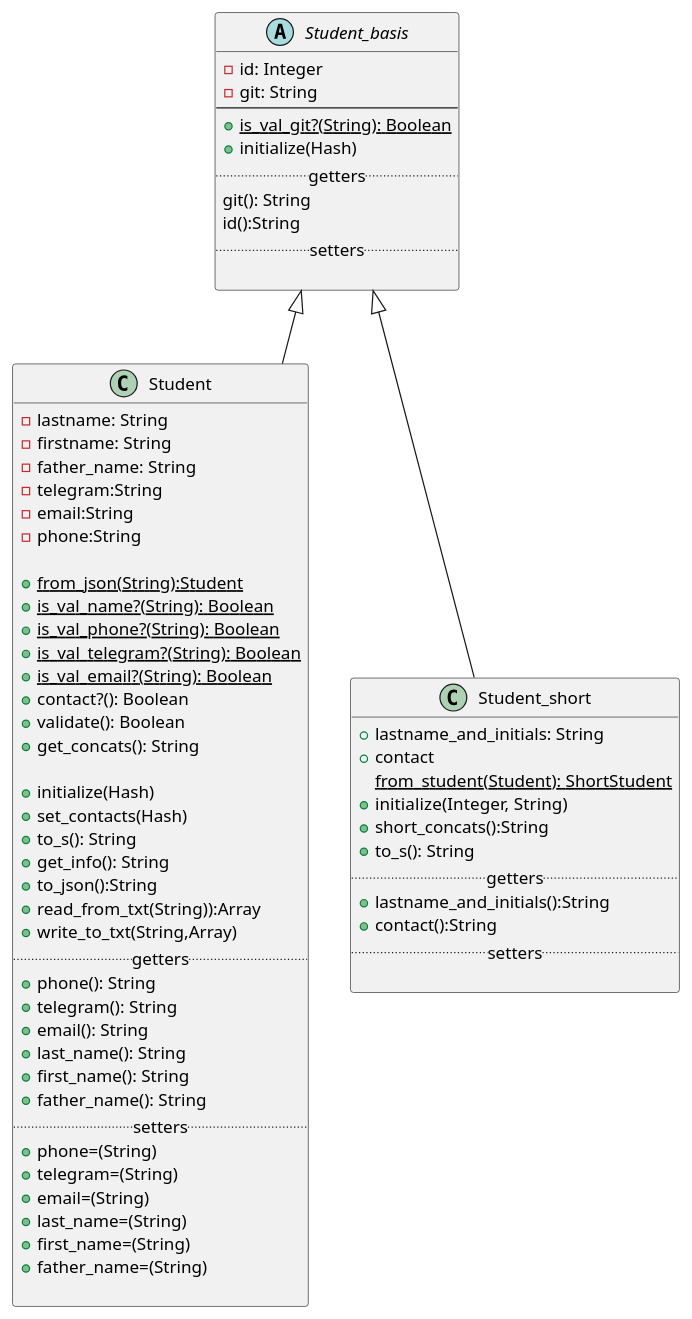
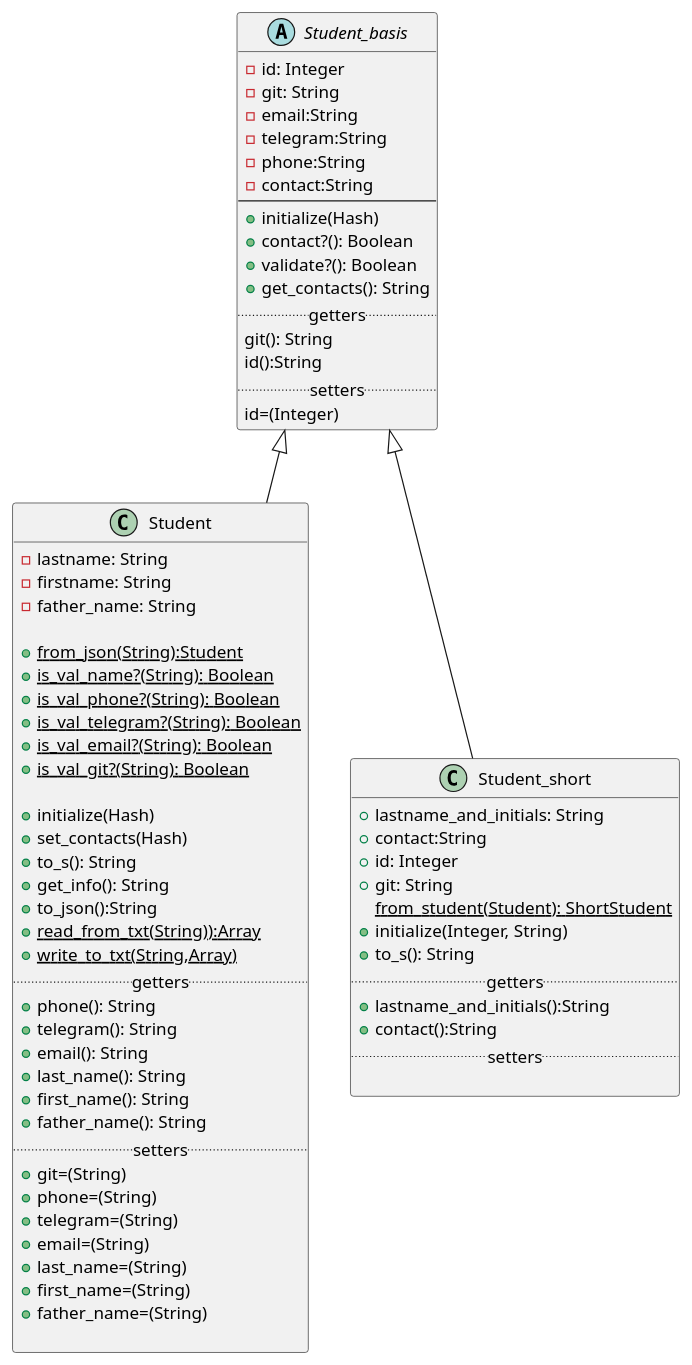
One commit to ColdEiler/pattern changed the diagram in lab2/student_diagrams.puml. Above: the diagram before and after it, drawn with PlantUML. The commit also changed 1 other file, not shown here.

Commit message:
Изменил диаграмму

```diff
--- a/lab2/student_diagrams.puml
+++ b/lab2/student_diagrams.puml
@@ -1,71 +1,74 @@
 @startuml
 'https://plantuml.com/class-diagram'
 
 abstract class Student_basis{
      -id: Integer
      -git: String
+     -email:String
+     -telegram:String
+     -phone:String
+     -contact:String
 --
-     +{static}is_val_git?(String): Boolean
      +initialize(Hash)
+     +contact?(): Boolean
+     +validate?(): Boolean
+     +get_contacts(): String
      .. getters..
      git(): String
      id():String
      .. setters ..
-
+     id=(Integer)
 }
 
 class Student extends Student_basis{
      -lastname: String
      -firstname: String
      -father_name: String
-     -telegram:String
-     -email:String
-     -phone:String
 
      +{static}from_json(String):Student
      +{static}is_val_name?(String): Boolean
      +{static}is_val_phone?(String): Boolean
      +{static}is_val_telegram?(String): Boolean
      +{static}is_val_email?(String): Boolean
-     +contact?(): Boolean
-     +validate(): Boolean
-     +get_concats(): String
+     +{static}is_val_git?(String): Boolean
 
      +initialize(Hash)
      +set_contacts(Hash)
      +to_s(): String
      +get_info(): String
      +to_json():String
-     +read_from_txt(String)):Array
-     +write_to_txt(String,Array)
+     +{static}read_from_txt(String)):Array
+     +{static}write_to_txt(String,Array)
      .. getters ..
      +phone(): String
      +telegram(): String
      +email(): String
      +last_name(): String
      +first_name(): String
      +father_name(): String
      .. setters ..
+     +git=(String)
      +phone=(String)
      +telegram=(String)
      +email=(String)
      +last_name=(String)
      +first_name=(String)
      +father_name=(String)
 
 }
 
 class Student_short extends Student_basis{
      +lastname_and_initials: String
-     +contact
+     +contact:String
+     +id: Integer
+     +git: String
      {static}from_student(Student): ShortStudent
      +initialize(Integer, String)
-     +short_concats():String
      +to_s(): String
      .. getters ..
      +lastname_and_initials():String
      +contact():String
      .. setters ..
 
 }
 @enduml
```
